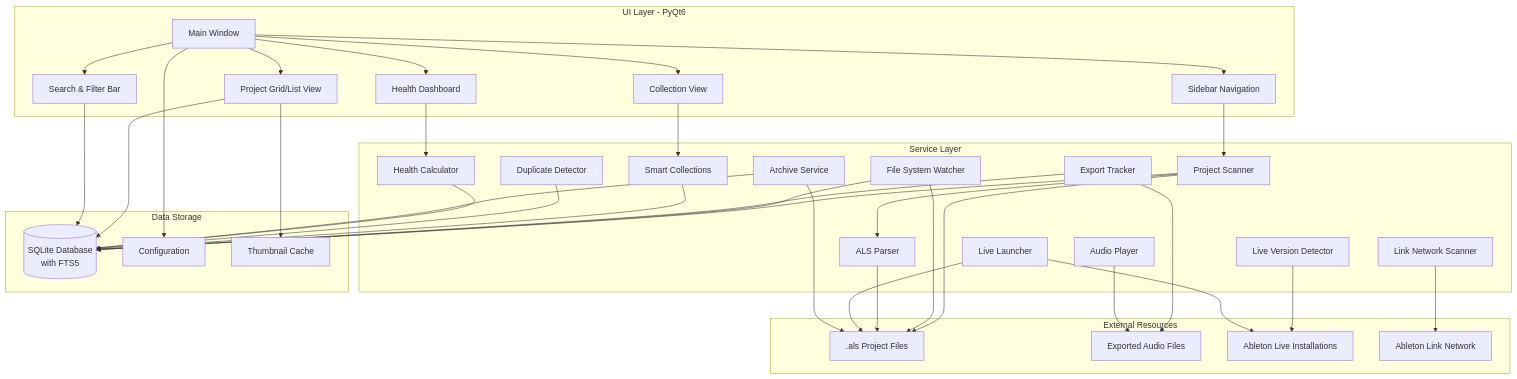
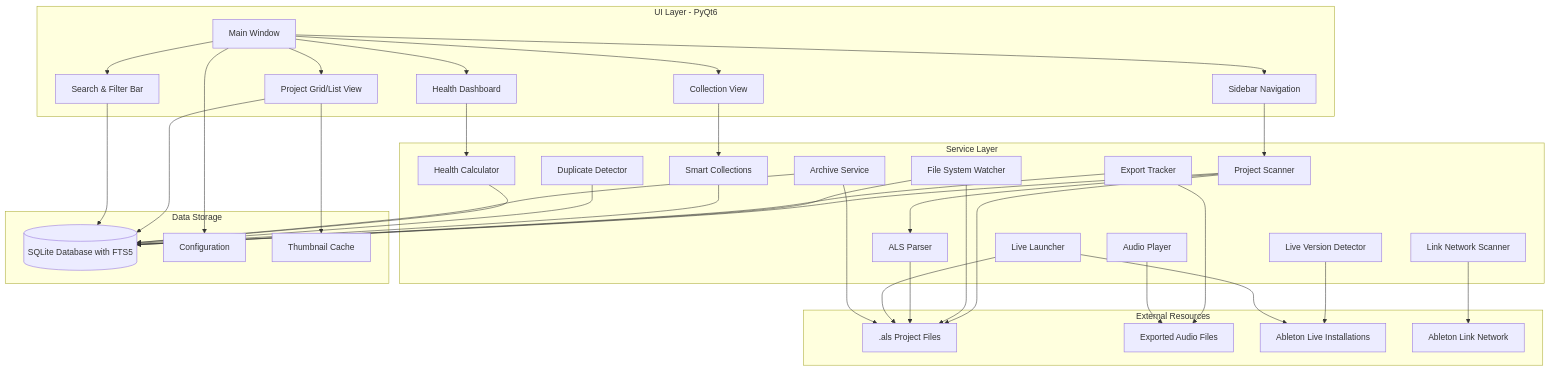
The diagram in README.md (mattypie/Ableton-Hub), drawn with Mermaid before and after one commit. The commit also changed other lines of this file and 3 other files, not shown here.

Commit message:
build exe working for windows, fixed mermaid in README for GitHub

````diff
--- a/README.md
+++ b/README.md
@@ -28,77 +28,77 @@
 ```mermaid
 graph TB
-    subgraph ui[UI Layer - PyQt6]
-        MainWindow[Main Window]
-        Sidebar[Sidebar Navigation]
-        ProjectGrid[Project Grid/List View]
-        SearchBar[Search & Filter Bar]
-        CollectionView[Collection View]
-        HealthDashboard[Health Dashboard]
+    subgraph ui["UI Layer - PyQt6"]
+        MainWindow["Main Window"]
+        Sidebar["Sidebar Navigation"]
+        ProjectGrid["Project Grid/List View"]
+        SearchBar["Search & Filter Bar"]
+        CollectionView["Collection View"]
+        HealthDashboard["Health Dashboard"]
     end
     
-    subgraph services[Service Layer]
-        Scanner[Project Scanner]
-        Watcher[File System Watcher]
-        ALSParser[ALS Parser]
-        LiveDetector[Live Version Detector]
-        LiveLauncher[Live Launcher]
-        LinkScanner[Link Network Scanner]
-        ExportTracker[Export Tracker]
-        SmartCollections[Smart Collections]
-        DuplicateDetector[Duplicate Detector]
-        HealthCalculator[Health Calculator]
-        AudioPlayer[Audio Player]
-        ArchiveService[Archive Service]
+    subgraph services["Service Layer"]
+        Scanner["Project Scanner"]
+        Watcher["File System Watcher"]
+        ALSParser["ALS Parser"]
+        LiveDetector["Live Version Detector"]
+        LiveLauncher["Live Launcher"]
+        LinkScanner["Link Network Scanner"]
+        ExportTracker["Export Tracker"]
+        SmartCollections["Smart Collections"]
+        DuplicateDetector["Duplicate Detector"]
+        HealthCalculator["Health Calculator"]
+        AudioPlayer["Audio Player"]
+        ArchiveService["Archive Service"]
     end
     
-    subgraph storage[Data Storage]
-        SQLite[(SQLite Database<br/>with FTS5)]
-        Config[Configuration]
-        Cache[Thumbnail Cache]
+    subgraph storage["Data Storage"]
+        SQLite[("SQLite Database with FTS5")]
+        Config["Configuration"]
+        Cache["Thumbnail Cache"]
     end
     
-    subgraph external[External Resources]
-        ProjectFiles[.als Project Files]
-        ExportedAudio[Exported Audio Files]
-        LiveInstallations[Ableton Live Installations]
-        LinkNetwork[Ableton Link Network]
+    subgraph external["External Resources"]
+        ProjectFiles[".als Project Files"]
+        ExportedAudio["Exported Audio Files"]
+        LiveInstallations["Ableton Live Installations"]
+        LinkNetwork["Ableton Link Network"]
     end
     
     MainWindow --> Sidebar
     MainWindow --> ProjectGrid
     MainWindow --> SearchBar
     MainWindow --> CollectionView
     MainWindow --> HealthDashboard
     
     Sidebar --> Scanner
     ProjectGrid --> SQLite
     SearchBar --> SQLite
     CollectionView --> SmartCollections
     HealthDashboard --> HealthCalculator
     
     Scanner --> ALSParser
     Scanner --> ProjectFiles
     Scanner --> SQLite
     Watcher --> ProjectFiles
     Watcher --> SQLite
     ALSParser --> ProjectFiles
     
     LiveDetector --> LiveInstallations
     LiveLauncher --> LiveInstallations
     LiveLauncher --> ProjectFiles
     
     LinkScanner --> LinkNetwork
     
     ExportTracker --> ExportedAudio
     ExportTracker --> SQLite
     
     SmartCollections --> SQLite
     DuplicateDetector --> SQLite
     HealthCalculator --> SQLite
     AudioPlayer --> ExportedAudio
     ArchiveService --> ProjectFiles
     ArchiveService --> SQLite
     
     MainWindow --> Config
     ProjectGrid --> Cache
 ```
````
